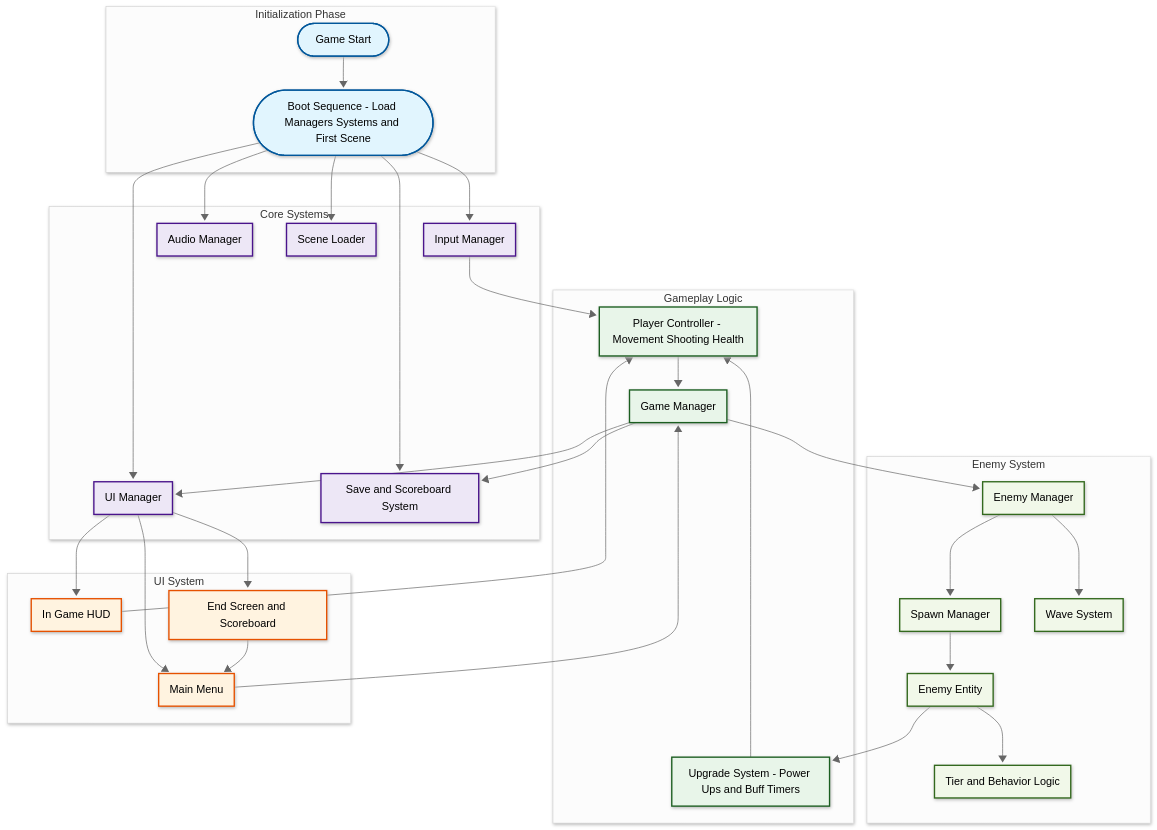
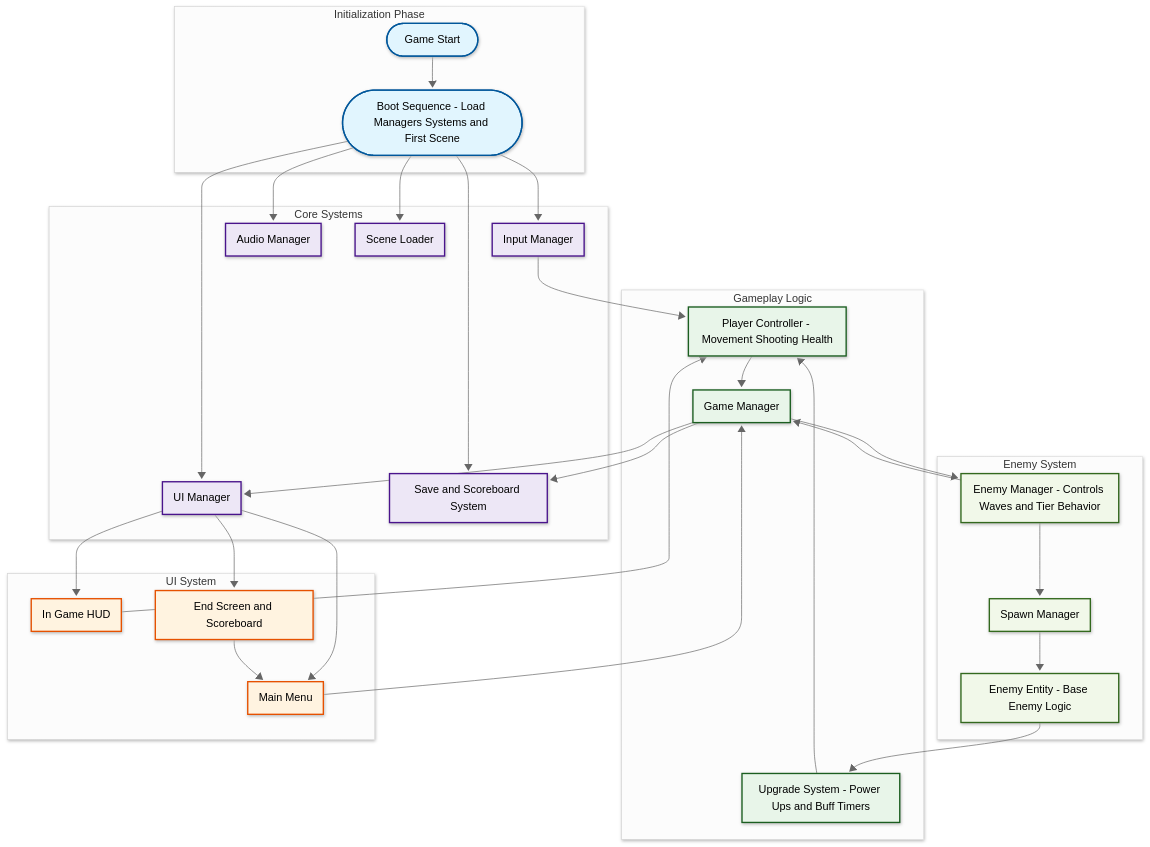
One commit to Justsomeguy241/Game-ProgrammingClass changed the second of 4 diagrams in README.md. Above: the diagram before and after it, drawn with Mermaid. The commit also changed other lines of this file, not shown here.

````diff
--- a/README.md
+++ b/README.md
@@ -107,11 +107,9 @@
 
     %% ====== ENEMY SYSTEM ======
     subgraph "Enemy System"
-        EnemyManager[Enemy Manager]
+        EnemyManager[Enemy Manager - Controls Waves and Tier Behavior]
         SpawnManager[Spawn Manager]
-        WaveSystem[Wave System]
-        TierSystem[Tier and Behavior Logic]
-        EnemyEntity[Enemy Entity]
+        EnemyEntity[Enemy Entity - Base Enemy Logic]
     end
 
     %% ====== USER INTERFACE ======
@@ -140,9 +138,8 @@
     GameManager --> EnemyManager
     EnemyManager --> SpawnManager
     SpawnManager --> EnemyEntity
-    EnemyEntity --> TierSystem
-    EnemyManager --> WaveSystem
     EnemyEntity --> UpgradeSystem
+    EnemyManager --> GameManager
 
     %% UI Links
     UIManager --> MainMenu
@@ -162,7 +159,8 @@
     class Start,BootNote initStyle
     class InputManager,AudioManager,SceneLoader,UIManager,SaveSystem systemStyle
     class GameManager,PlayerController,UpgradeSystem gameplayStyle
-    class EnemyManager,SpawnManager,WaveSystem,TierSystem,EnemyEntity enemyStyle
+    class EnemyManager,SpawnManager,EnemyEntity enemyStyle
     class MainMenu,HUD,EndScreen uiStyle
 
+
 ```
````
